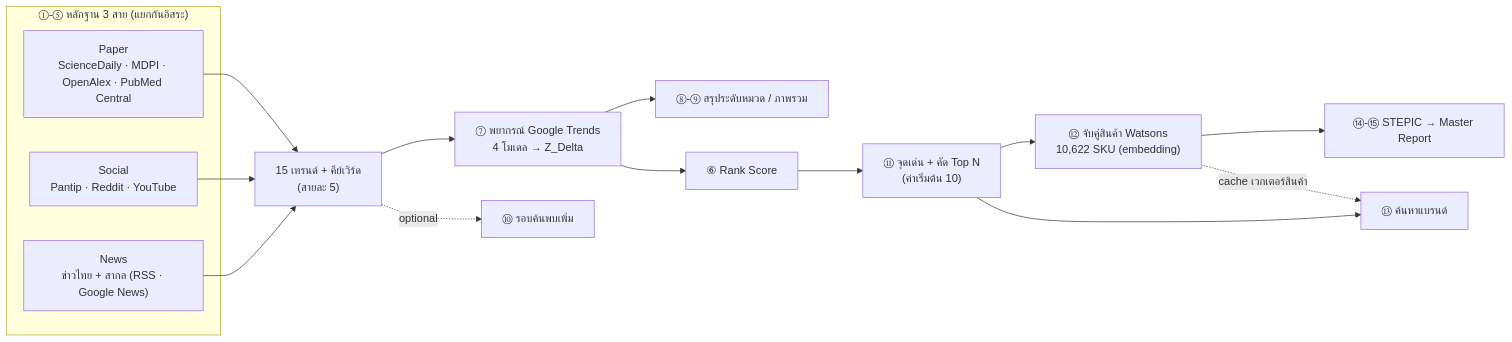
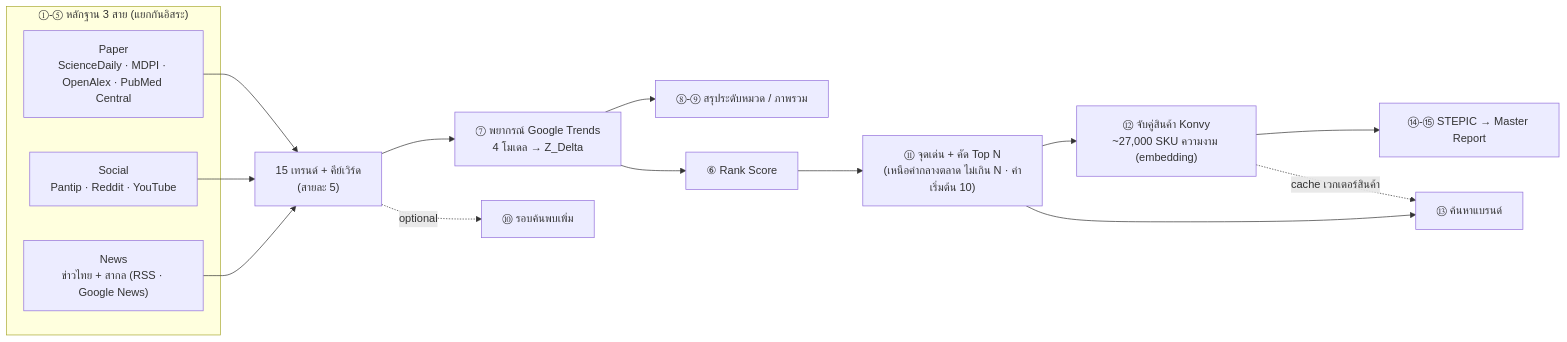
The diagram in README.md (keingkrai/Trend_analysis), drawn with Mermaid before and after one commit. The commit also changed other lines of this file and 4 other files, not shown here.

````diff
--- a/README.md
+++ b/README.md
@@ -47,20 +33,20 @@
 ```mermaid
 flowchart LR
     subgraph S["①-⑤ หลักฐาน 3 สาย (แยกกันอิสระ)"]
         P["Paper<br/>ScienceDaily · MDPI · OpenAlex · PubMed Central"]
         SO["Social<br/>Pantip · Reddit · YouTube"]
         N["News<br/>ข่าวไทย + สากล (RSS · Google News)"]
     end
     P --> K
     SO --> K
     N --> K
     K["15 เทรนด์ + คีย์เวิร์ด<br/>(สายละ 5)"] --> F["⑦ พยากรณ์ Google Trends<br/>4 โมเดล → Z_Delta"]
     F --> AG["⑧-⑨ สรุประดับหมวด / ภาพรวม"]
     F --> R["⑥ Rank Score"]
-    R --> H["⑪ จุดเด่น + คัด Top N<br/>(ค่าเริ่มต้น 10)"]
-    H --> M["⑫ จับคู่สินค้า Watsons<br/>10,622 SKU (embedding)"]
+    R --> H["⑪ จุดเด่น + คัด Top N<br/>(เหนือค่ากลางตลาด ไม่เกิน N · ค่าเริ่มต้น 10)"]
+    H --> M["⑫ จับคู่สินค้า Konvy<br/>~27,000 SKU ความงาม (embedding)"]
     M --> REP["⑭-⑮ STEPIC → Master Report"]
     H --> B["⑬ ค้นหาแบรนด์"]
     M -. "cache เวกเตอร์สินค้า" .-> B
     K -. "optional" .-> D["⑩ รอบค้นพบเพิ่ม"]
 ```
````
